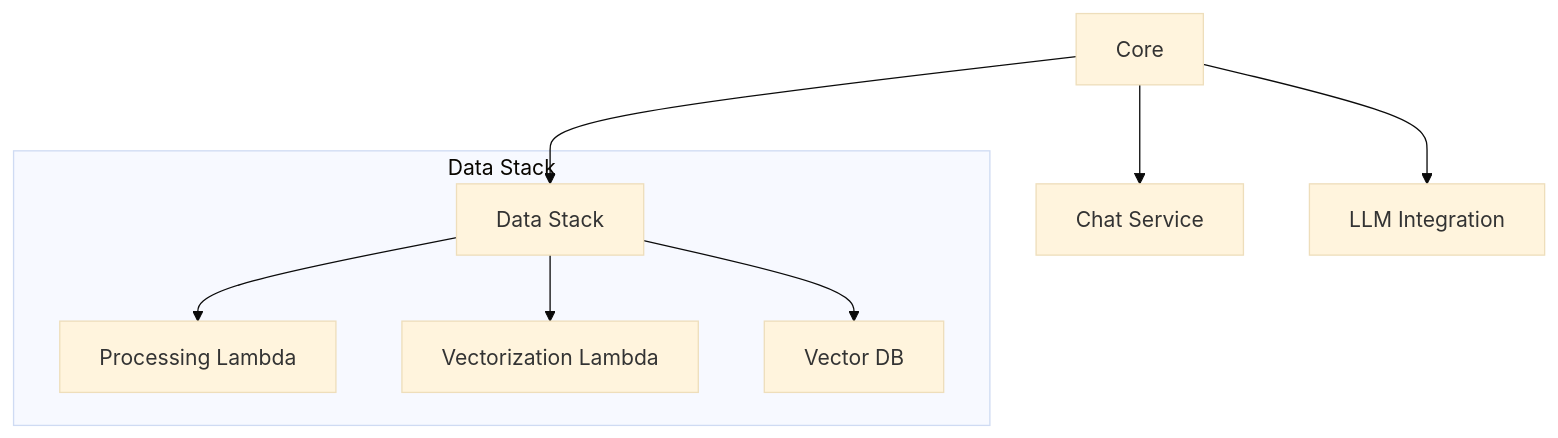
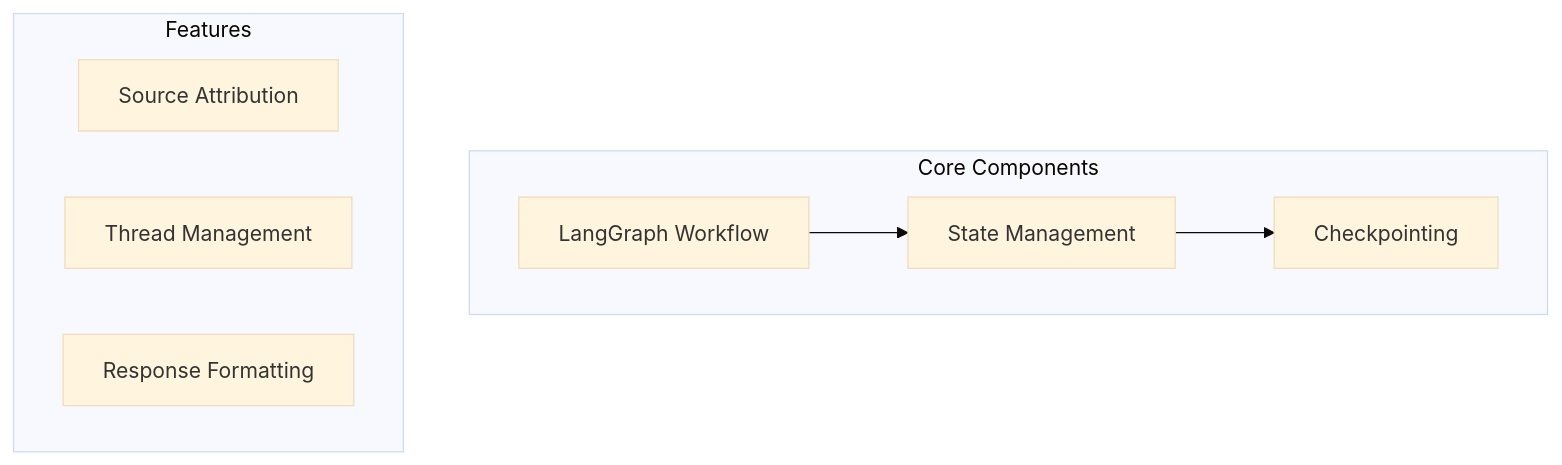
One commit to laialex501/lorechat-container changed the diagram in memory-bank/activeContext.md. Above: the diagram before and after it, drawn with Mermaid (base theme). The commit also changed other lines of this file and 30 other files, not shown here.

````diff
--- a/memory-bank/activeContext.md
+++ b/memory-bank/activeContext.md
@@ -33,12 +25,13 @@
 ```mermaid
 graph TD
-    A[Core] --> B[Chat Service]
-    A --> C[LLM Integration]
-    A --> D[Data Stack]
+    subgraph "Core Components"
+        A[LangGraph Workflow] --> B[State Management]
+        B --> C[Checkpointing]
+    end
     
-    subgraph "Data Stack"
-        D --> E[Processing Lambda]
-        D --> F[Vectorization Lambda]
-        D --> G[Vector DB]
+    subgraph "Features"
+        D[Source Attribution]
+        E[Thread Management]
+        F[Response Formatting]
     end
 ```
````
